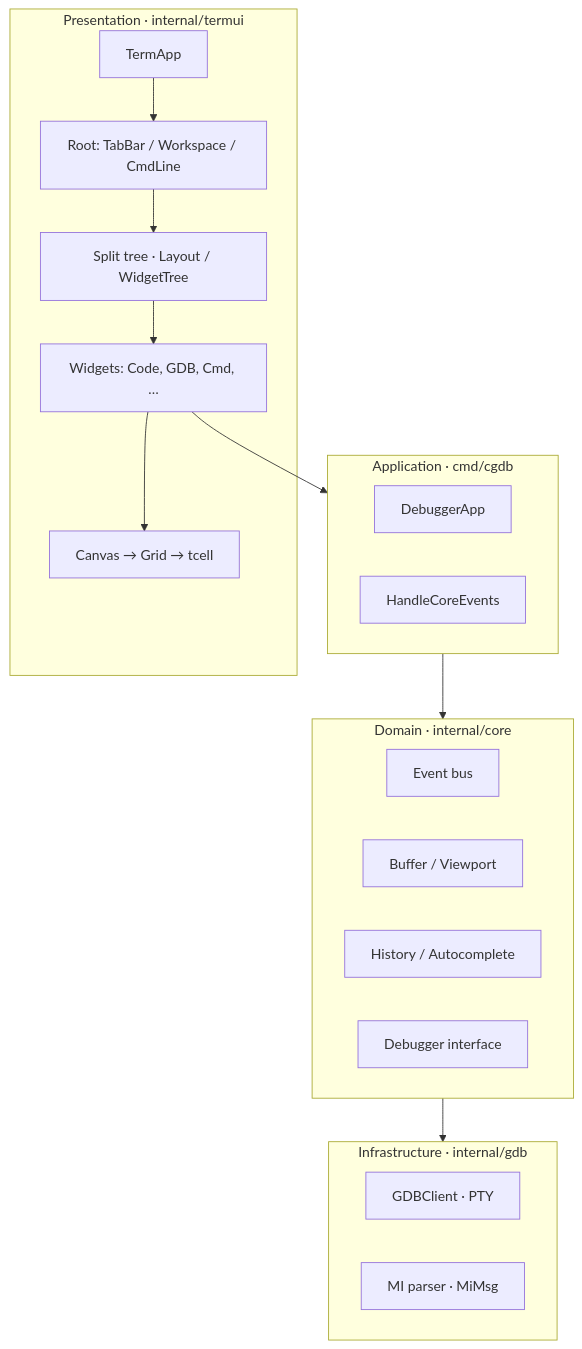
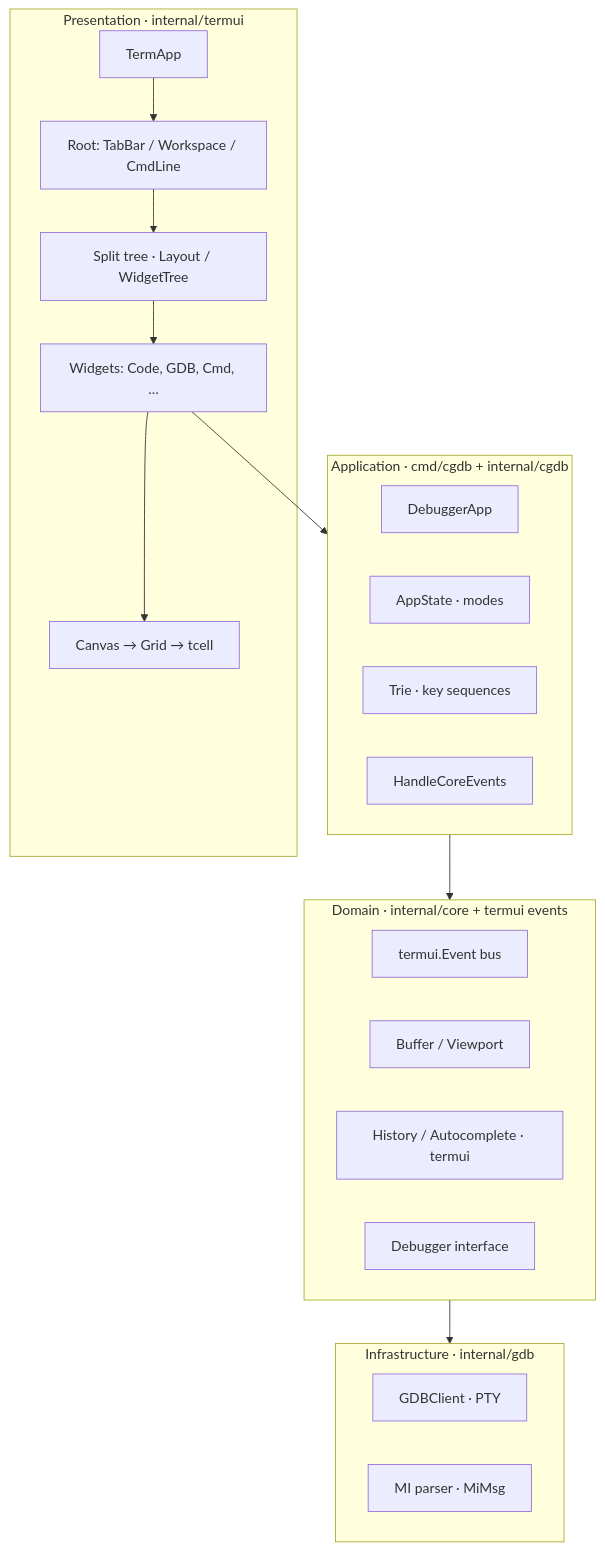
Before and after one commit to yairgd/gdbforge: the second of 7 diagrams in docs/ARCHITECTURE.md, drawn with Mermaid. The commit also changed other lines of this file and 18 other files, not shown here.

````diff
--- a/docs/ARCHITECTURE.md
+++ b/docs/ARCHITECTURE.md
@@ -44,32 +44,34 @@
 ```mermaid
 flowchart TB
     subgraph Presentation["Presentation · internal/termui"]
         TermApp["TermApp"]
         RootLayout["Root: TabBar / Workspace / CmdLine"]
         SplitTree["Split tree · Layout / WidgetTree"]
         Widgets["Widgets: Code, GDB, Cmd, …"]
         Render["Canvas → Grid → tcell"]
     end
 
-    subgraph Application["Application · cmd/cgdb"]
+    subgraph Application["Application · cmd/cgdb + internal/cgdb"]
         DebuggerApp["DebuggerApp"]
+        AppState["AppState · modes"]
+        Trie["Trie · key sequences"]
         HandleCore["HandleCoreEvents"]
     end
 
-    subgraph Domain["Domain · internal/core"]
-        Events["Event bus"]
+    subgraph Domain["Domain · internal/core + termui events"]
+        Events["termui.Event bus"]
         Buffer["Buffer / Viewport"]
-        History["History / Autocomplete"]
+        History["History / Autocomplete · termui"]
         DebuggerIF["Debugger interface"]
     end
 
     subgraph Infrastructure["Infrastructure · internal/gdb"]
         Client["GDBClient · PTY"]
         MI["MI parser · MiMsg"]
     end
 
     TermApp --> RootLayout --> SplitTree --> Widgets --> Render
     Widgets --> Application
     Application --> Domain
     Domain --> Infrastructure
 ```
````
